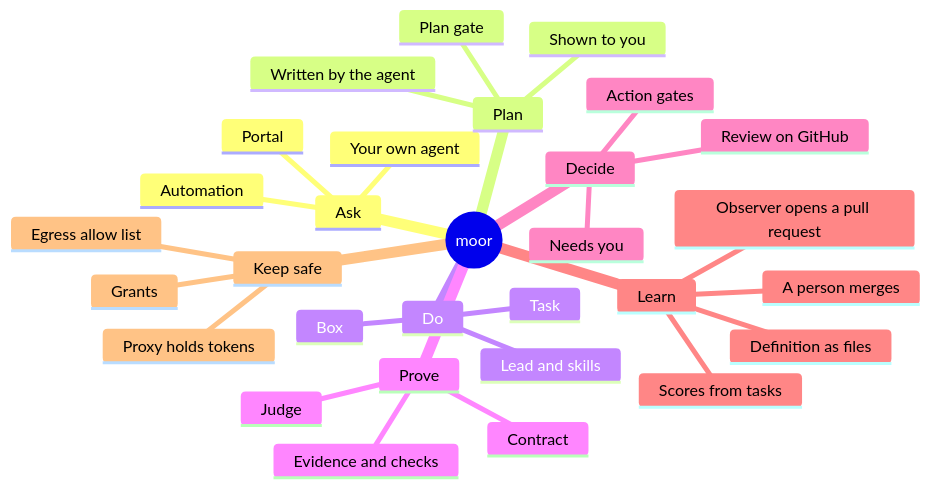
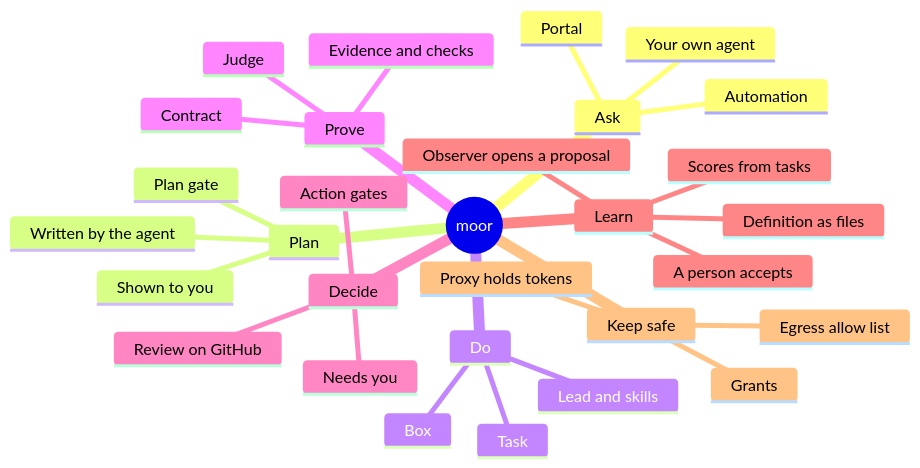
One commit to IniZio/moor changed the fourth of 4 diagrams in docs/specs/position.md. Above: the diagram before and after it, drawn with Mermaid. The commit also changed other lines of this file, not shown here.

````diff
--- a/docs/specs/position.md
+++ b/docs/specs/position.md
@@ -309,33 +311,33 @@
 ```mermaid
 mindmap
   root((moor))
     Ask
       Portal
       Your own agent
       Automation
     Plan
       Written by the agent
       Shown to you
       Plan gate
     Do
       Task
       Box
       Lead and skills
     Prove
       Contract
       Evidence and checks
       Judge
     Decide
       Needs you
       Action gates
       Review on GitHub
     Learn
       Definition as files
       Scores from tasks
-      Observer opens a pull request
-      A person merges
+      Observer opens a proposal
+      A person accepts
     Keep safe
       Proxy holds tokens
       Egress allow list
       Grants
 ```
````
